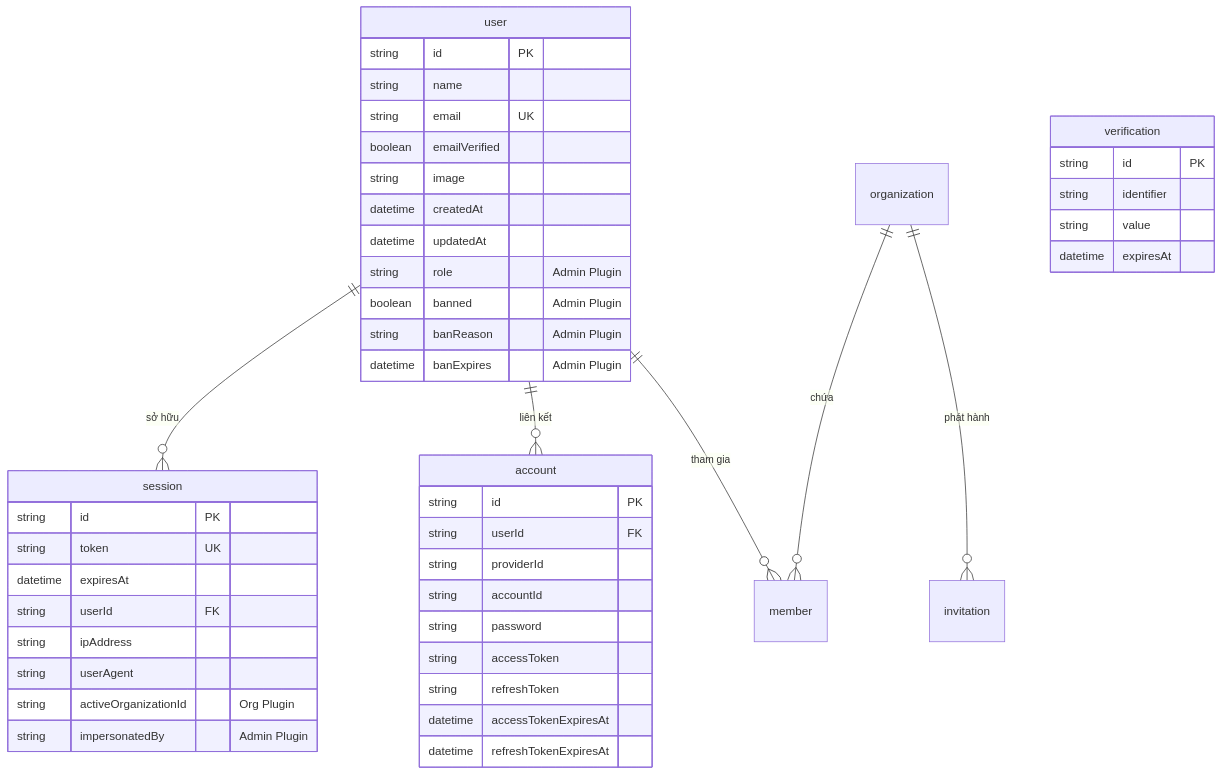
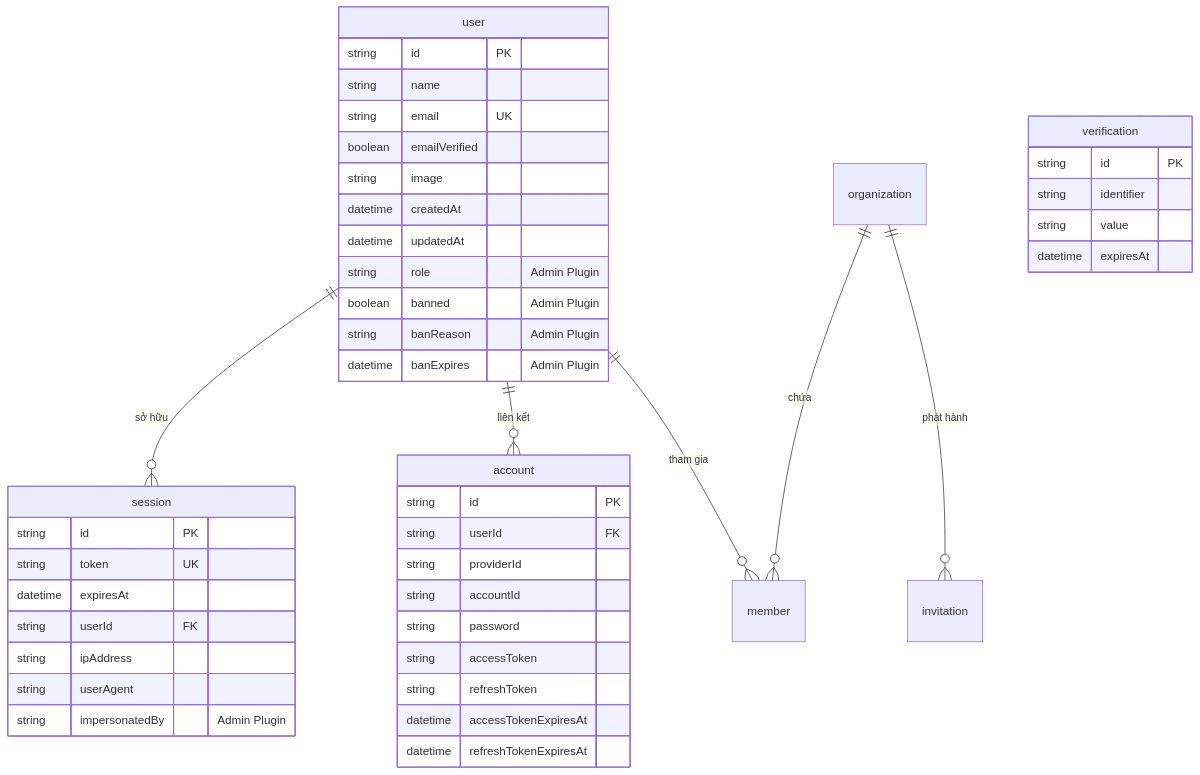
One commit to lgdlong/chatbot-rag-fptu-sdn changed the second of 2 diagrams in docs/technical/backend/better_auth_guide.md. Above: the diagram before and after it, drawn with Mermaid. The commit also changed other lines of this file and 25 other files, not shown here.

````diff
--- a/docs/technical/backend/better_auth_guide.md
+++ b/docs/technical/backend/better_auth_guide.md
@@ -60,49 +60,48 @@
 ```mermaid
 erDiagram
     user ||--o{ session : "sở hữu"
     user ||--o{ account : "liên kết"
     user ||--o{ member : "tham gia"
     organization ||--o{ member : "chứa"
     organization ||--o{ invitation : "phát hành"
     
     user {
         string id PK
         string name
         string email UK
         boolean emailVerified
         string image
         datetime createdAt
         datetime updatedAt
         string role "Admin Plugin"
         boolean banned "Admin Plugin"
         string banReason "Admin Plugin"
         datetime banExpires "Admin Plugin"
     }
     session {
         string id PK
         string token UK
         datetime expiresAt
         string userId FK
         string ipAddress
         string userAgent
-        string activeOrganizationId "Org Plugin"
         string impersonatedBy "Admin Plugin"
     }
     account {
         string id PK
         string userId FK
         string providerId
         string accountId
         string password
         string accessToken
         string refreshToken
         datetime accessTokenExpiresAt
         datetime refreshTokenExpiresAt
     }
     verification {
         string id PK
         string identifier
         string value
         datetime expiresAt
     }
 ```
````
